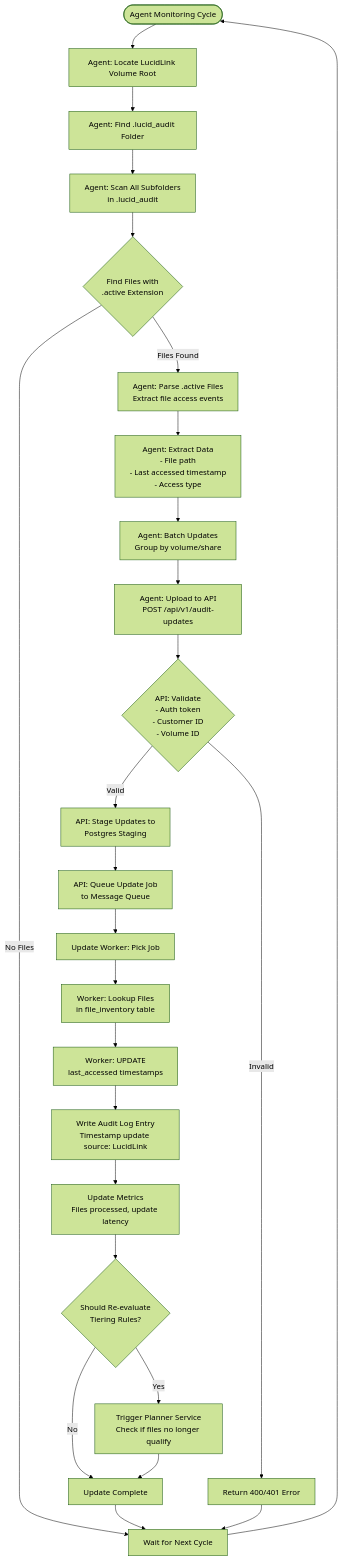
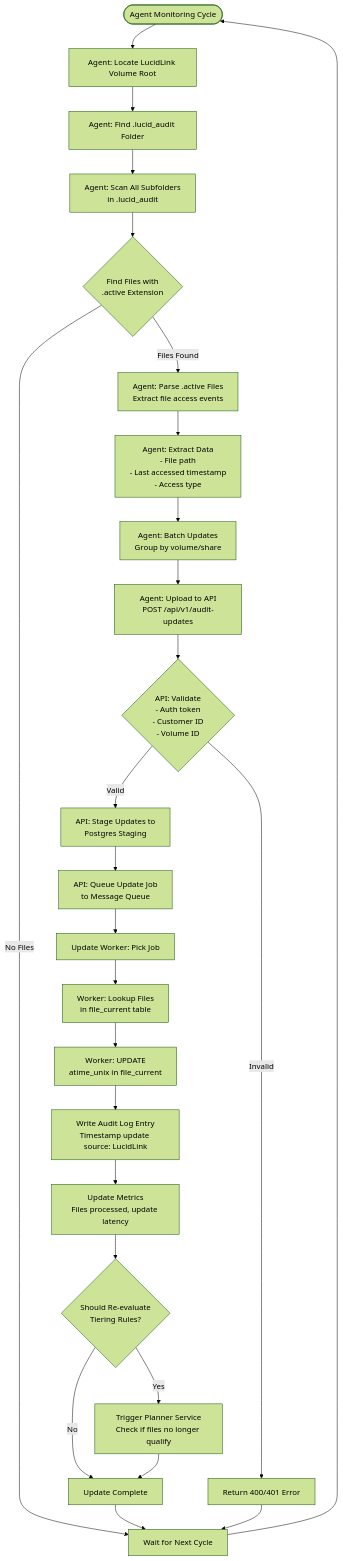
One commit to Nexsys-IT/Alto-Tiered-mgmt changed the third of 3 diagrams in flow_Diagram.md. Above: the diagram before and after it, drawn with Mermaid (forest theme). The commit also changed other lines of this file and 4 other files, not shown here.

First line of the commit message:
Implement hybrid schema approach for LucidLink integration

````diff
--- a/flow_Diagram.md
+++ b/flow_Diagram.md
@@ -228,37 +247,37 @@
 ```mermaid
 flowchart TD
     Start([Agent Monitoring Cycle]) --> LocateRoot[Agent: Locate LucidLink Volume Root]
     LocateRoot --> FindAudit[Agent: Find .lucid_audit Folder]
     FindAudit --> ScanSubfolders[Agent: Scan All Subfolders<br/>in .lucid_audit]
     
     ScanSubfolders --> FindActive{Find Files with<br/>.active Extension}
     FindActive -->|Files Found| ParseActive[Agent: Parse .active Files<br/>Extract file access events]
     FindActive -->|No Files| Wait[Wait for Next Cycle]
     
     ParseActive --> ExtractData[Agent: Extract Data<br/>- File path<br/>- Last accessed timestamp<br/>- Access type]
     ExtractData --> Batch[Agent: Batch Updates<br/>Group by volume/share]
     
     Batch --> UploadUpdates[Agent: Upload to API<br/>POST /api/v1/audit-updates]
     
     UploadUpdates --> ValidateAPI{API: Validate<br/>- Auth token<br/>- Customer ID<br/>- Volume ID}
     ValidateAPI -->|Invalid| RejectUpdate[Return 400/401 Error]
     ValidateAPI -->|Valid| StageUpdate[API: Stage Updates to<br/>Postgres Staging]
     
     StageUpdate --> QueueUpdate[API: Queue Update Job<br/>to Message Queue]
     QueueUpdate --> UpdateWorker[Update Worker: Pick Job]
     
-    UpdateWorker --> LookupFiles[Worker: Lookup Files<br/>in file_inventory table]
-    LookupFiles --> UpdateTimestamps[Worker: UPDATE<br/>last_accessed timestamps]
+    UpdateWorker --> LookupFiles[Worker: Lookup Files<br/>in file_current table]
+    LookupFiles --> UpdateTimestamps[Worker: UPDATE<br/>atime_unix in file_current]
     
     UpdateTimestamps --> AuditLogEntry[Write Audit Log Entry<br/>Timestamp update source: LucidLink]
     AuditLogEntry --> NotifyMetrics[Update Metrics<br/>Files processed, update latency]
     
     NotifyMetrics --> TriggerReevaluation{Should Re-evaluate<br/>Tiering Rules?}
     TriggerReevaluation -->|Yes| TriggerPlanner[Trigger Planner Service<br/>Check if files no longer qualify]
     TriggerReevaluation -->|No| Complete[Update Complete]
     
     TriggerPlanner --> Complete
     Complete --> Wait
     RejectUpdate --> Wait
     Wait --> Start
 ```
````
